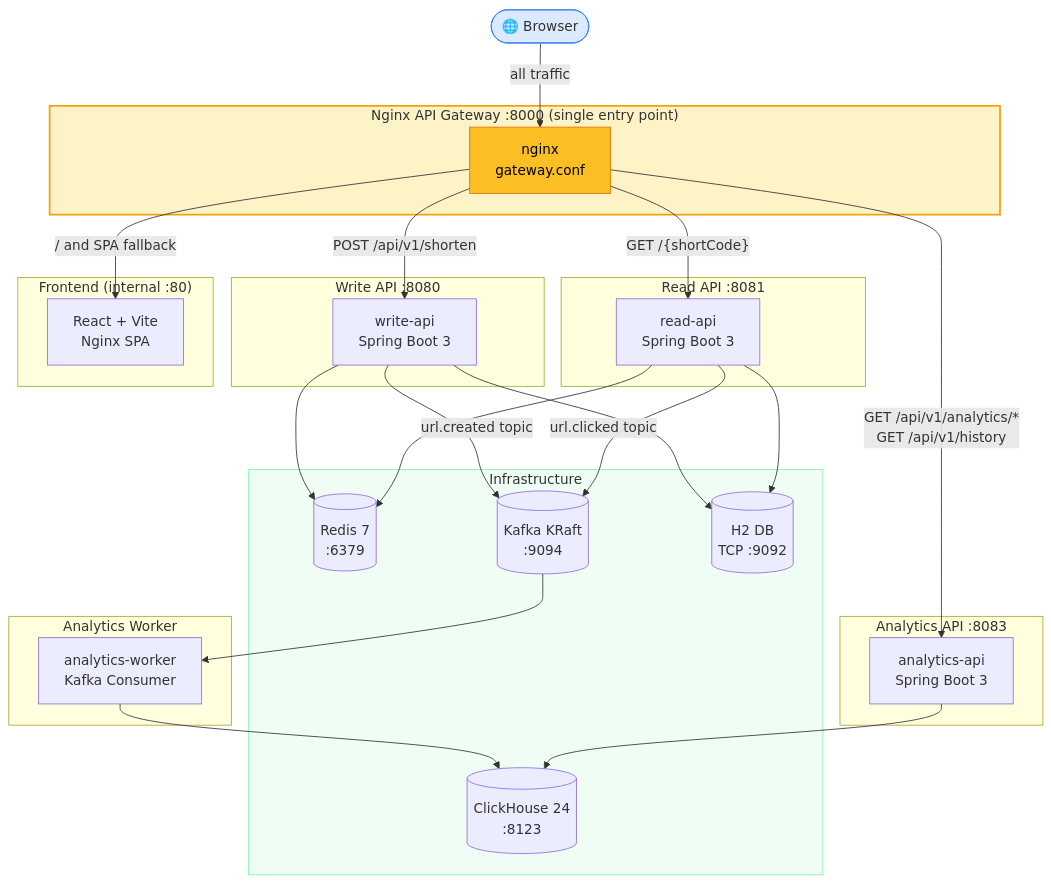
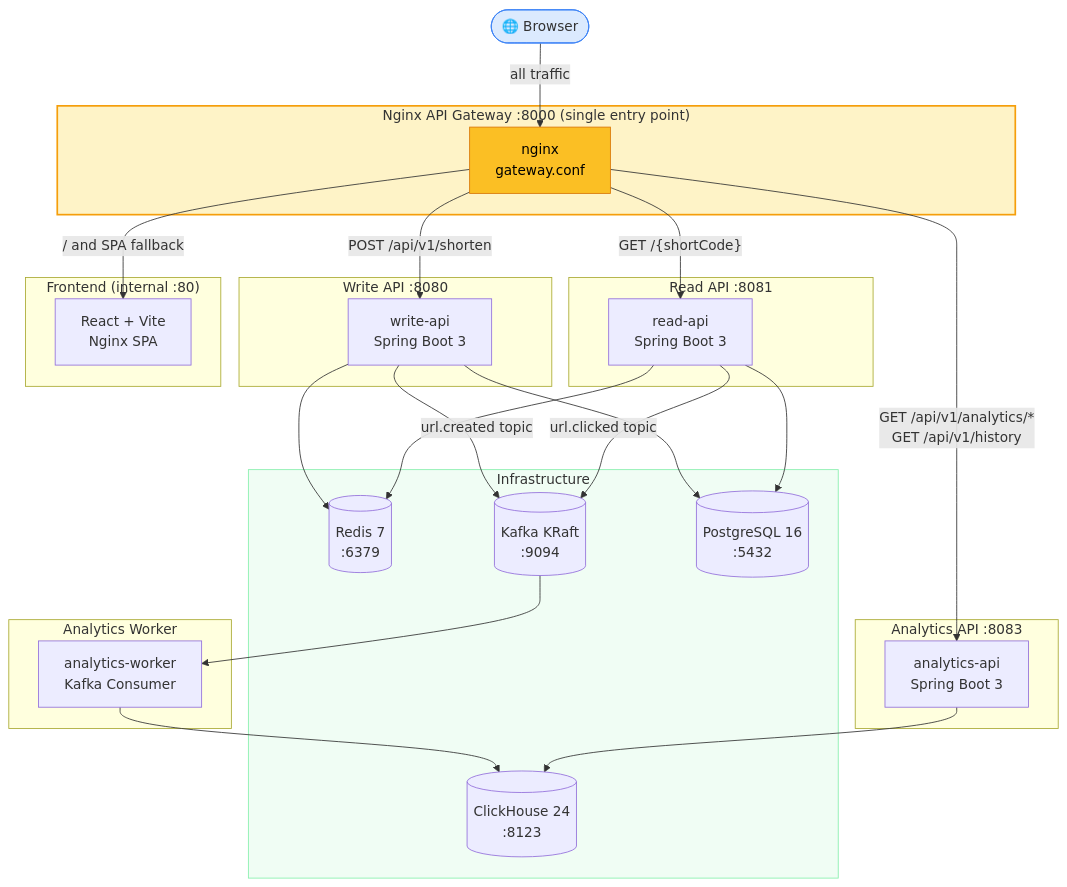
One commit to hemantkgupta/url-shortener-java changed the first of 6 diagrams in docs/architecture.md. Above: the diagram before and after it, drawn with Mermaid. The commit also changed other lines of this file and 5 other files, not shown here.

First line of the commit message:
docs: update tech-spec, architecture, local-dev to reflect PostgreSQL + key-gen-service [wiki:update]

````diff
--- a/docs/architecture.md
+++ b/docs/architecture.md
@@ -11,59 +11,59 @@
 ```mermaid
 flowchart TD
     Browser(["🌐 Browser"])
 
     subgraph Gateway["Nginx API Gateway :8000 (single entry point)"]
         GW["nginx\ngateway.conf"]
     end
 
     subgraph WriteAPI["Write API :8080"]
         WA["write-api\nSpring Boot 3"]
     end
 
     subgraph ReadAPI["Read API :8081"]
         RA["read-api\nSpring Boot 3"]
     end
 
     subgraph AnalyticsWorker["Analytics Worker"]
         AW["analytics-worker\nKafka Consumer"]
     end
 
     subgraph AnalyticsAPI["Analytics API :8083"]
         AA["analytics-api\nSpring Boot 3"]
     end
 
     subgraph Frontend["Frontend (internal :80)"]
         FE["React + Vite\nNginx SPA"]
     end
 
     subgraph Infra["Infrastructure"]
         Redis[(Redis 7\n:6379)]
         Kafka[(Kafka KRaft\n:9094)]
         CH[(ClickHouse 24\n:8123)]
-        H2[(H2 DB\nTCP :9092)]
+        PG[(PostgreSQL 16\n:5432)]
     end
 
     Browser -- "all traffic" --> GW
 
     GW -- "POST /api/v1/shorten" --> WA
     GW -- "GET /{shortCode}" --> RA
     GW -- "GET /api/v1/analytics/*\nGET /api/v1/history" --> AA
     GW -- "/ and SPA fallback" --> FE
 
     WA --> Redis
-    WA --> H2
+    WA --> PG
     WA -- "url.created topic" --> Kafka
 
     RA --> Redis
-    RA --> H2
+    RA --> PG
     RA -- "url.clicked topic" --> Kafka
 
     Kafka --> AW
     AW --> CH
     AA --> CH
 
     style Gateway fill:#fef3c7,stroke:#f59e0b,stroke-width:2px
     style GW fill:#fbbf24,stroke:#d97706,color:#000
     style Browser fill:#dbeafe,stroke:#3b82f6
     style Infra fill:#f0fdf4,stroke:#86efac
 ```
````
